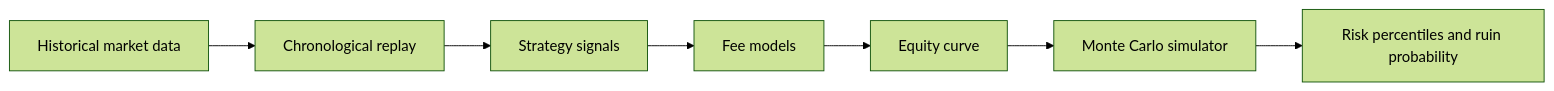
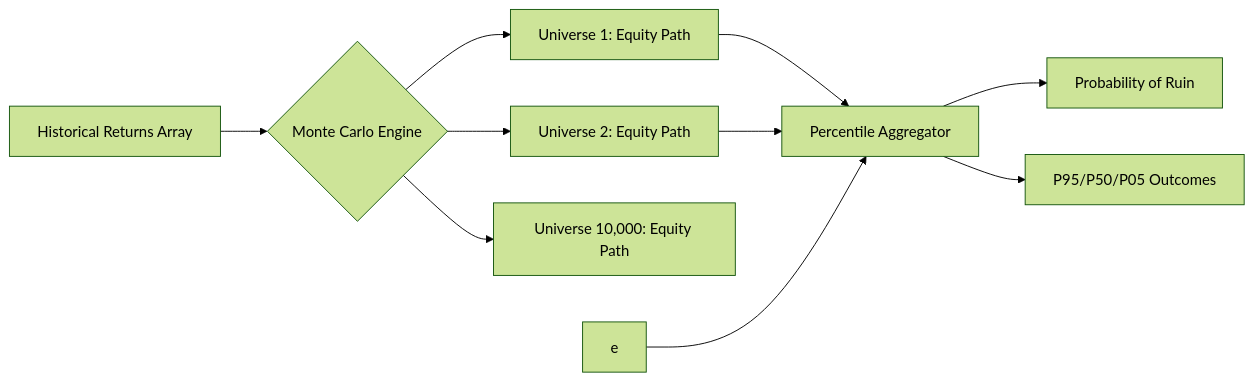
Before and after one commit to mrnicholasbcarter-code/verdict-backtest: the diagram in README.md, drawn with Mermaid (forest theme). The commit also changed other lines of this file and 1 other file, not shown here.

Commit message:
docs: finalize elite architectural specification and markdown boundaries

````diff
--- a/README.md
+++ b/README.md
@@ -60,9 +12,10 @@
 ```mermaid
-flowchart LR
-    A[Historical market data] --> B[Chronological replay]
-    B --> C[Strategy signals]
-    C --> D[Fee models]
-    D --> E[Equity curve]
-    E --> F[Monte Carlo simulator]
-    F --> G[Risk percentiles and ruin probability]
+graph LR
+    A[Historical Returns Array] --> B{Monte Carlo Engine}
+    B --> C[Universe 1: Equity Path]
+    B --> D[Universe 2: Equity Path]
+    B --> E[Universe 10,000: Equity Path]
+    C & D & e --> F[Percentile Aggregator]
+    F --> G[Probability of Ruin]
+    F --> H[P95/P50/P05 Outcomes]
 ```
````
